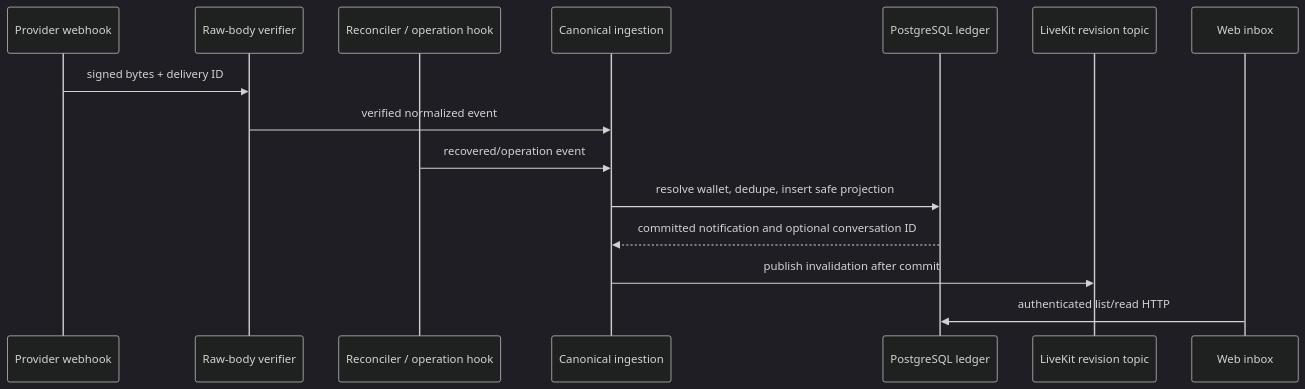
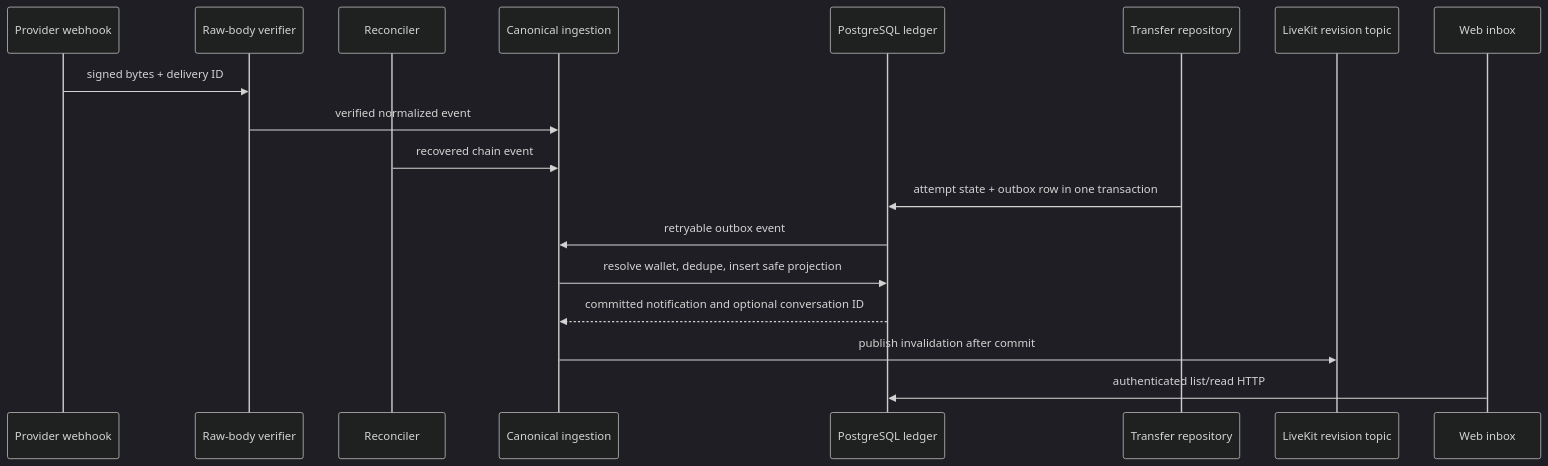
Before and after one commit to ram4-dev/colloseum-financial-assistant: the diagram in openspec/changes/slice5-notifications/design.md, drawn with Mermaid (dark theme). The commit also changed other lines of this file and 7 other files, not shown here.

````diff
--- a/openspec/changes/slice5-notifications/design.md
+++ b/openspec/changes/slice5-notifications/design.md
@@ -20,17 +24,20 @@
 ```mermaid
 sequenceDiagram
   participant P as Provider webhook
   participant H as Raw-body verifier
-  participant R as Reconciler / operation hook
+  participant R as Reconciler
   participant I as Canonical ingestion
   participant D as PostgreSQL ledger
+  participant T as Transfer repository
   participant L as LiveKit revision topic
   participant W as Web inbox
   P->>H: signed bytes + delivery ID
   H->>I: verified normalized event
-  R->>I: recovered/operation event
+  R->>I: recovered chain event
+  T->>D: attempt state + outbox row in one transaction
+  D->>I: retryable outbox event
   I->>D: resolve wallet, dedupe, insert safe projection
   D-->>I: committed notification and optional conversation ID
   I->>L: publish invalidation after commit
   W->>D: authenticated list/read HTTP
 ```
````
